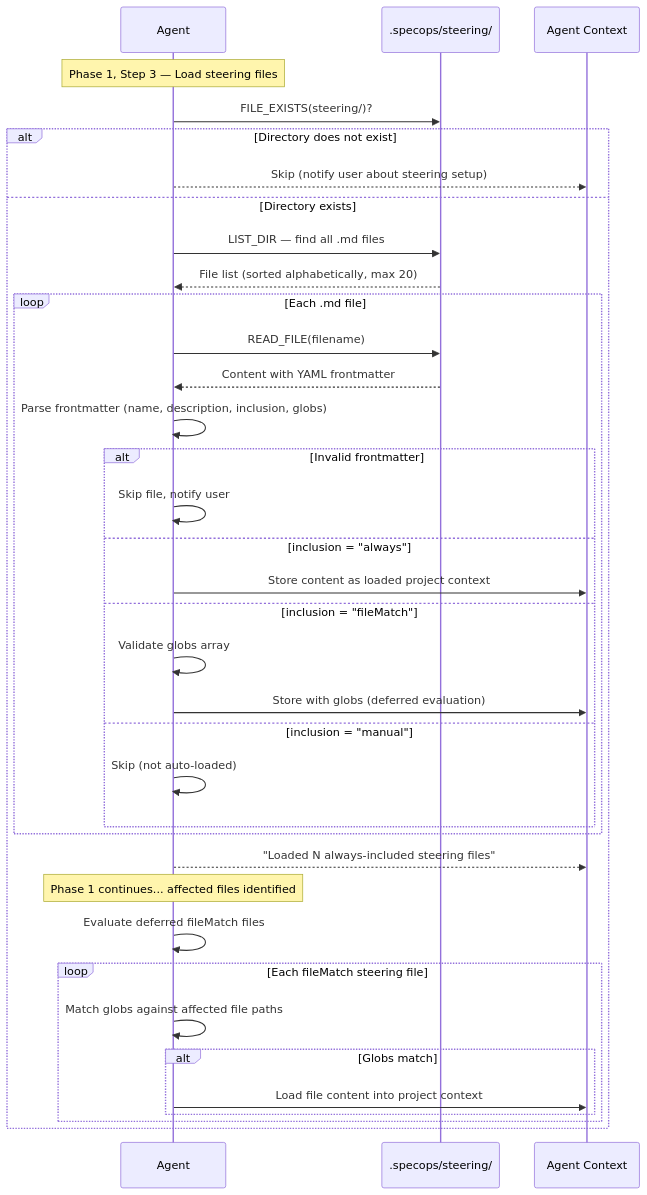
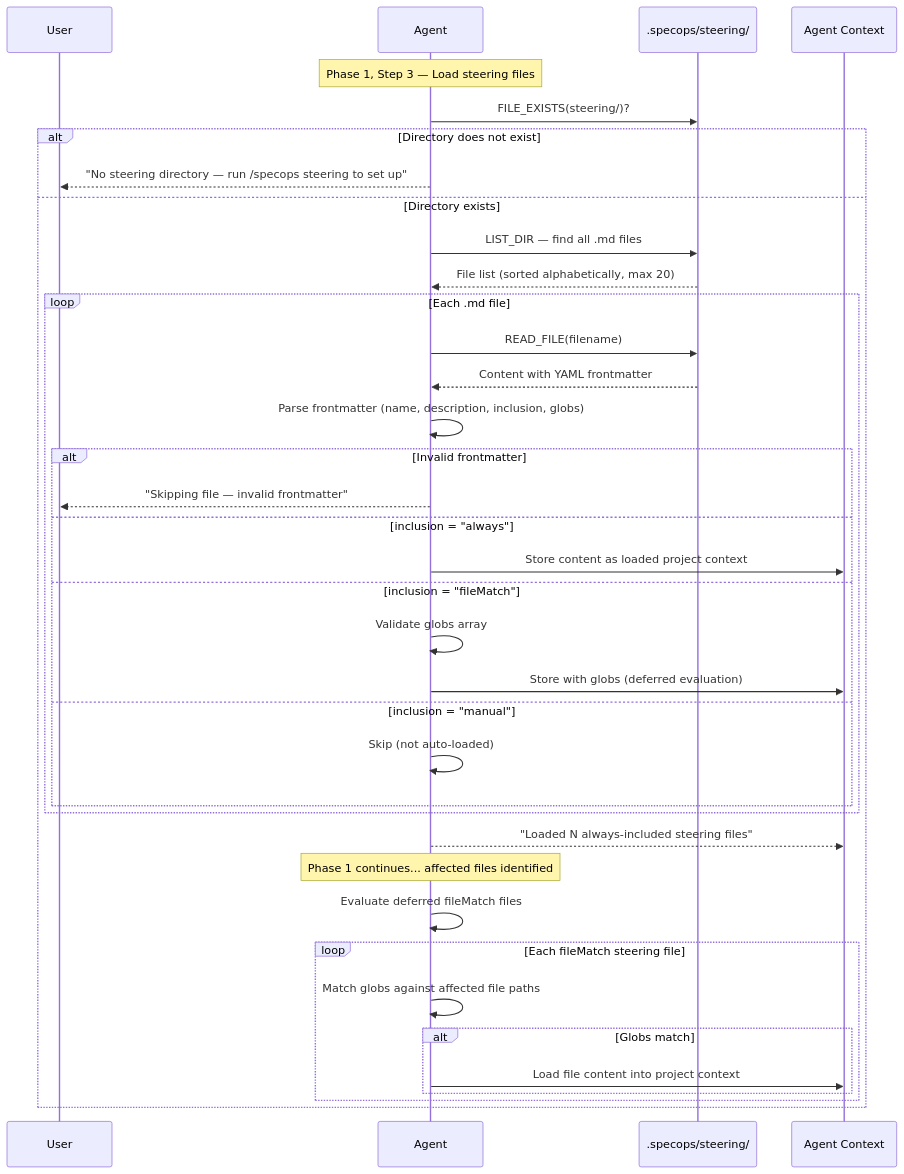
One commit to sanmak/specops changed the seventh of 8 diagrams in docs/DIAGRAMS.md. Above: the diagram before and after it, drawn with Mermaid. The commit also changed 1 other file, not shown here.

Commit message:
fix: correct README link casing and add User participant to steering diagram

````diff
--- a/docs/DIAGRAMS.md
+++ b/docs/DIAGRAMS.md
@@ -423,46 +423,47 @@
 ```mermaid
 sequenceDiagram
+    participant U as User
     participant A as Agent
     participant SD as .specops/steering/
     participant Ctx as Agent Context
 
     Note over A: Phase 1, Step 3 — Load steering files
 
     A->>SD: FILE_EXISTS(steering/)?
 
     alt Directory does not exist
-        A-->>Ctx: Skip (notify user about steering setup)
+        A-->>U: "No steering directory — run /specops steering to set up"
     else Directory exists
         A->>SD: LIST_DIR — find all .md files
         SD-->>A: File list (sorted alphabetically, max 20)
 
         loop Each .md file
             A->>SD: READ_FILE(filename)
             SD-->>A: Content with YAML frontmatter
             A->>A: Parse frontmatter (name, description, inclusion, globs)
 
             alt Invalid frontmatter
-                A->>A: Skip file, notify user
+                A-->>U: "Skipping file — invalid frontmatter"
             else inclusion = "always"
                 A->>Ctx: Store content as loaded project context
             else inclusion = "fileMatch"
                 A->>A: Validate globs array
                 A->>Ctx: Store with globs (deferred evaluation)
             else inclusion = "manual"
                 A->>A: Skip (not auto-loaded)
             end
         end
 
         A-->>Ctx: "Loaded N always-included steering files"
 
         Note over A: Phase 1 continues... affected files identified
 
         A->>A: Evaluate deferred fileMatch files
         loop Each fileMatch steering file
             A->>A: Match globs against affected file paths
             alt Globs match
                 A->>Ctx: Load file content into project context
             end
         end
     end
 ```
````
